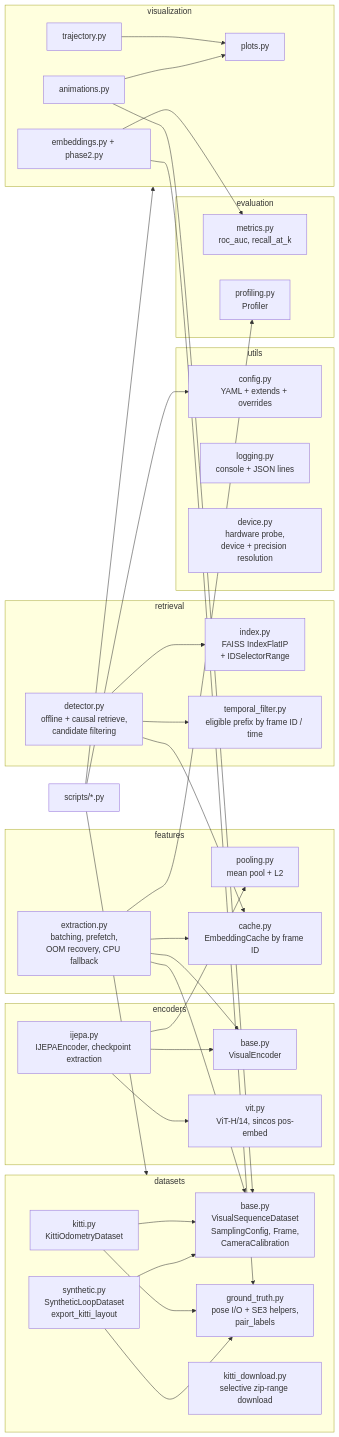
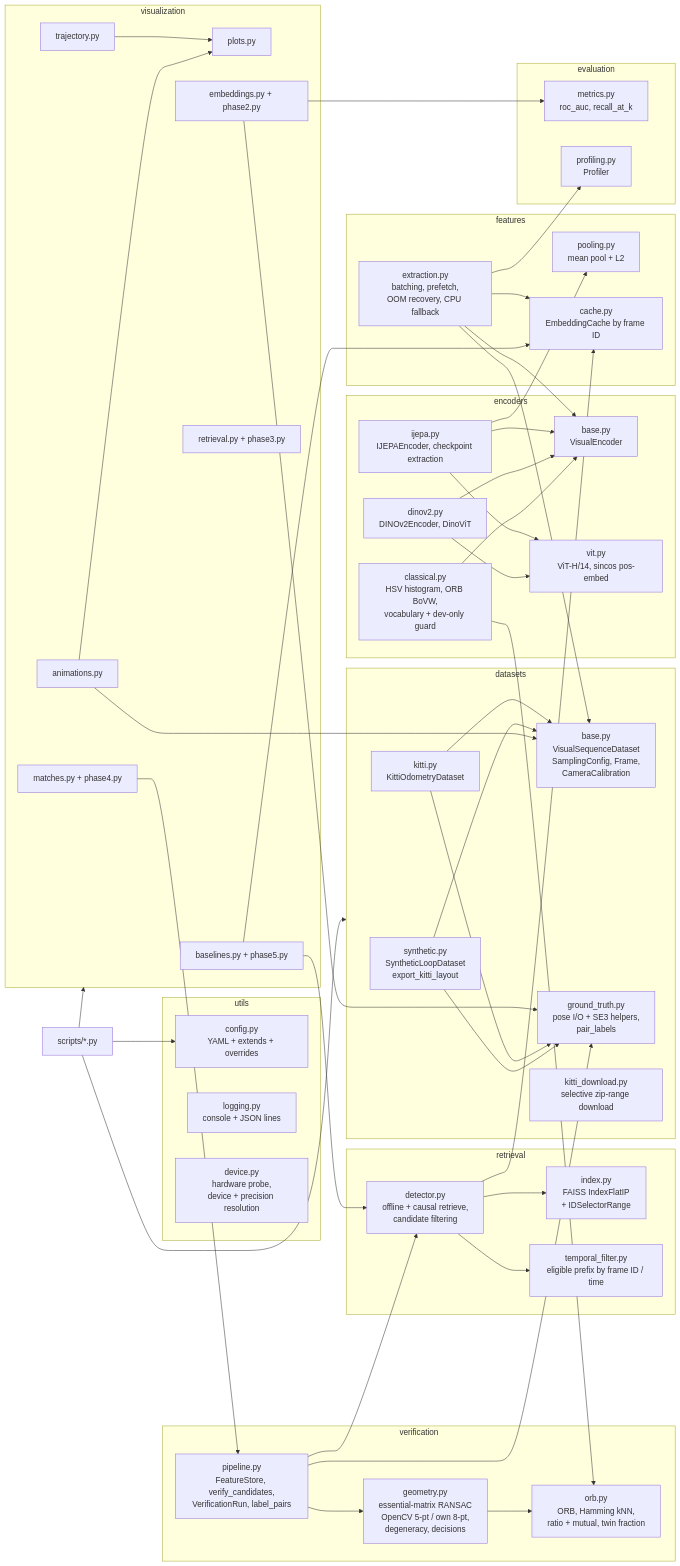
Before and after one commit to harishnr93/jepa-slam: the first of 6 diagrams in docs/architecture.md, drawn with Mermaid. The commit also changed other lines of this file and 86 other files, not shown here.

Commit message:
Phase 4-5 Geometric verification and Basline Comparison

```diff
--- a/docs/architecture.md
+++ b/docs/architecture.md
@@ -22,6 +22,8 @@
         ebase[base.py<br/>VisualEncoder]
         vit[vit.py<br/>ViT-H/14, sincos pos-embed]
         ijepa[ijepa.py<br/>IJEPAEncoder, checkpoint extraction]
+        dino[dinov2.py<br/>DINOv2Encoder, DinoViT]
+        classical[classical.py<br/>HSV histogram, ORB BoVW,<br/>vocabulary + dev-only guard]
     end
     subgraph features
         extraction[extraction.py<br/>batching, prefetch,<br/>OOM recovery, CPU fallback]
@@ -33,6 +35,11 @@
         temporal[temporal_filter.py<br/>eligible prefix by frame ID / time]
         detector[detector.py<br/>offline + causal retrieve,<br/>candidate filtering]
     end
+    subgraph verification
+        orb[orb.py<br/>ORB, Hamming kNN,<br/>ratio + mutual, twin fraction]
+        geometry[geometry.py<br/>essential-matrix RANSAC<br/>OpenCV 5-pt / own 8-pt,<br/>degeneracy, decisions]
+        vpipe[pipeline.py<br/>FeatureStore, verify_candidates,<br/>VerificationRun, label_pairs]
+    end
     subgraph evaluation
         metrics[metrics.py<br/>roc_auc, recall_at_k]
         profiling[profiling.py<br/>Profiler]
@@ -42,6 +49,9 @@
         traj[trajectory.py]
         anim[animations.py]
         emb[embeddings.py + phase2.py]
+        ret[retrieval.py + phase3.py]
+        mat[matches.py + phase4.py]
+        base5[baselines.py + phase5.py]
     end
     ijepa --> vit
     ijepa --> ebase
@@ -55,6 +65,17 @@
     detector --> index
     detector --> temporal
     detector --> cache
+    geometry --> orb
+    dino --> vit
+    dino --> ebase
+    classical --> ebase
+    classical --> orb
+    base5 --> detector
+    base5 --> cache
+    vpipe --> geometry
+    vpipe --> detector
+    vpipe --> gt
+    mat --> vpipe
     kitti --> base
     synthetic --> base
     kitti --> gt
```
